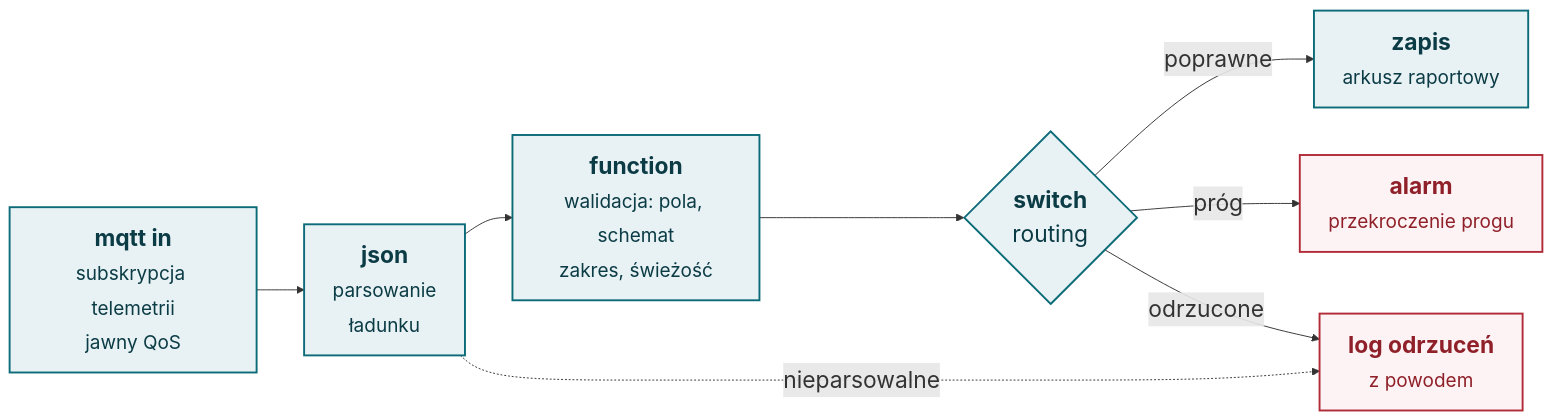
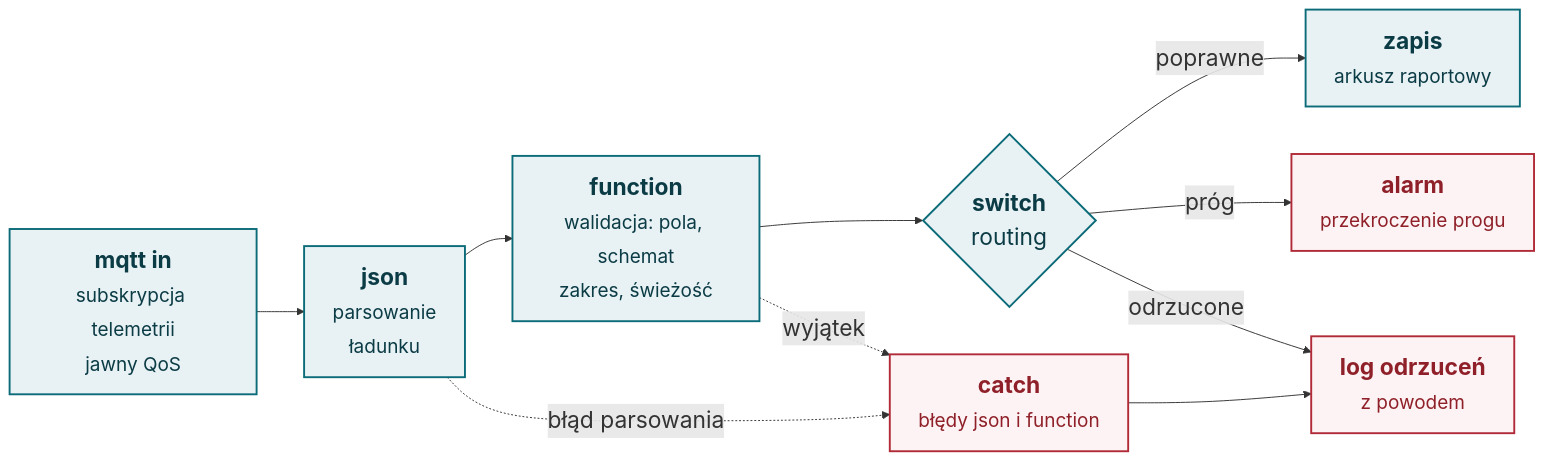
The second of 3 diagrams in slides/05-brzeg-node-red-sheets.qmd (moondec/iot_lectures), drawn with Mermaid before and after one commit. The commit also changed other lines of this file and 83 other files, not shown here.

First line of the commit message:
Fact-check lectures 01-07 and add photo and chart variety

````diff
--- a/slides/05-brzeg-node-red-sheets.qmd
+++ b/slides/05-brzeg-node-red-sheets.qmd
@@ -128,22 +136,25 @@
 ```{mermaid}
 %%| fig-width: 12
 %%| fig-height: 3.6
 %%{init: {"themeVariables": {"fontSize": "24px"}}}%%
 flowchart LR
     M["<b>mqtt in</b><br><small>subskrypcja telemetrii<br>jawny QoS</small>"]
     J["<b>json</b><br><small>parsowanie<br>ładunku</small>"]
     F["<b>function</b><br><small>walidacja: pola, schemat<br>zakres, świeżość</small>"]
     S{"<b>switch</b><br>routing"}
     W["<b>zapis</b><br><small>arkusz raportowy</small>"]
     A["<b>alarm</b><br><small>przekroczenie progu</small>"]
     L["<b>log odrzuceń</b><br><small>z powodem</small>"]
     M --> J --> F --> S
     S -- "poprawne" --> W
     S -- "próg" --> A
     S -- "odrzucone" --> L
-    J -. "nieparsowalne" .-> L
+    C["<b>catch</b><br><small>błędy json i function</small>"]
+    J -. "błąd parsowania" .-> C
+    F -. "wyjątek" .-> C
+    C --> L
     classDef n fill:#e8f2f4,stroke:#0b6b78,stroke-width:2px,color:#0b3b45
     classDef r fill:#fdf3f4,stroke:#b02a37,stroke-width:2px,color:#8f2029
     class M,J,F,S,W n
-    class L,A r
+    class L,A,C r
 ```
````
